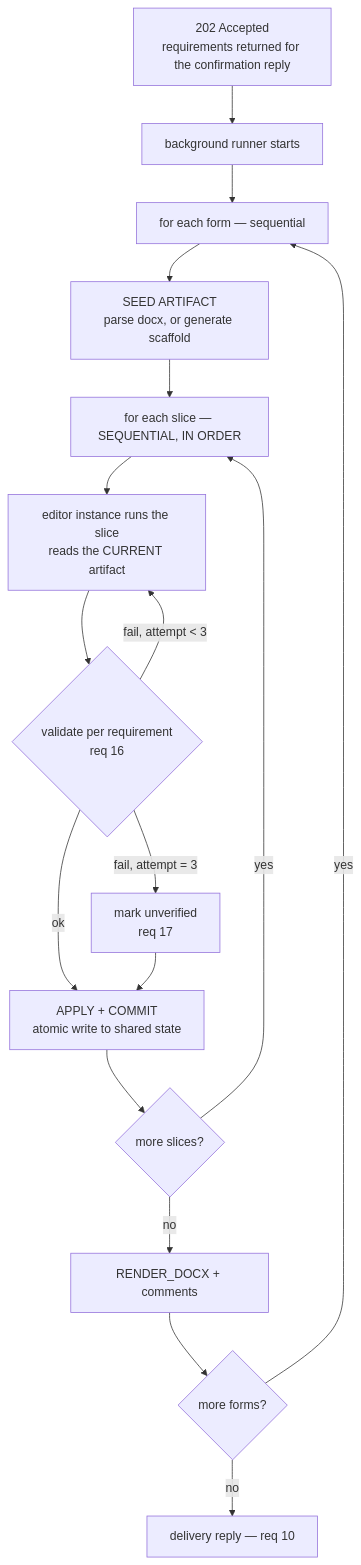
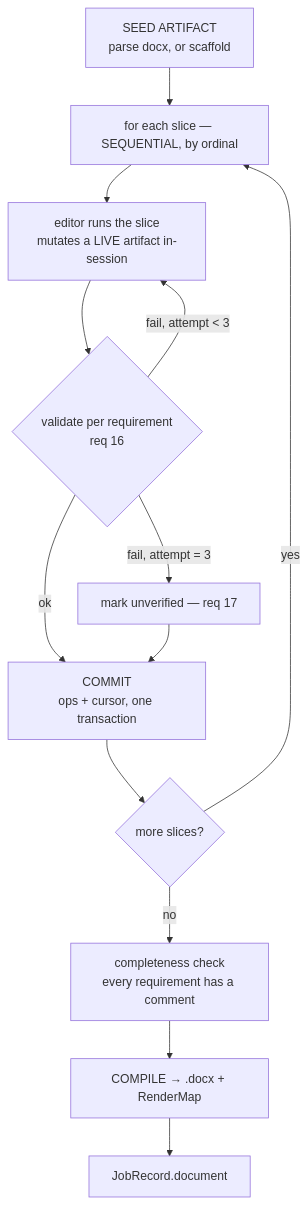
Before and after one commit to jjfrackowiak/multimodal-form-filling: the second of 2 diagrams in docs/app-implementation-plan.md, drawn with Mermaid. The commit also changed other lines of this file and 2 other files, not shown here.

````diff
--- a/docs/app-implementation-plan.md
+++ b/docs/app-implementation-plan.md
@@ -113,19 +73,15 @@
 ```mermaid
 flowchart TD
-    ACC["202 Accepted<br/>requirements returned for the confirmation reply"] --> BG["background runner starts"]
-    BG --> FORM["for each form — sequential"]
-    FORM --> SEED["SEED ARTIFACT<br/>parse docx, or generate scaffold"]
-    SEED --> SLICE["for each slice — SEQUENTIAL, IN ORDER"]
-    SLICE --> RUN["editor instance runs the slice<br/>reads the CURRENT artifact"]
+    S["SEED ARTIFACT<br/>parse docx, or scaffold"] --> SL["for each slice — SEQUENTIAL, by ordinal"]
+    SL --> RUN["editor runs the slice<br/>mutates a LIVE artifact in-session"]
     RUN --> V{"validate per requirement<br/>req 16"}
     V -->|"fail, attempt &lt; 3"| RUN
-    V -->|"fail, attempt = 3"| U["mark unverified<br/>req 17"]
-    V -->|ok| AP["APPLY + COMMIT<br/>atomic write to shared state"]
-    U --> AP
-    AP --> MORES{"more slices?"}
-    MORES -->|yes| SLICE
-    MORES -->|no| RND["RENDER_DOCX + comments"]
-    RND --> MOREF{"more forms?"}
-    MOREF -->|yes| FORM
-    MOREF -->|no| DEL["delivery reply — req 10"]
+    V -->|"fail, attempt = 3"| U["mark unverified — req 17"]
+    V -->|ok| C["COMMIT<br/>ops + cursor, one transaction"]
+    U --> C
+    C --> M{"more slices?"}
+    M -->|yes| SL
+    M -->|no| CK["completeness check<br/>every requirement has a comment"]
+    CK --> CP["COMPILE → .docx + RenderMap"]
+    CP --> DONE["JobRecord.document"]
 ```
````
